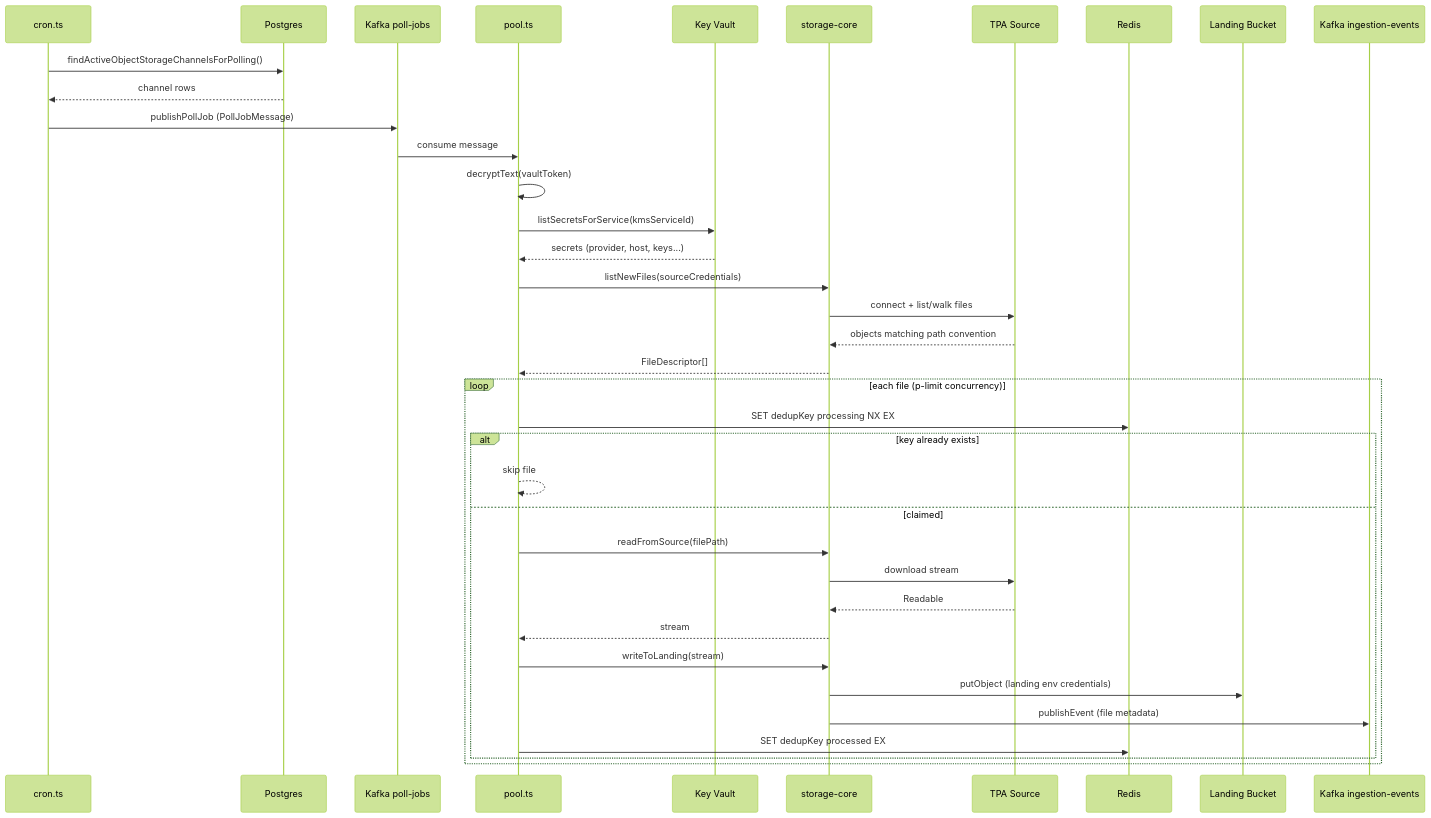
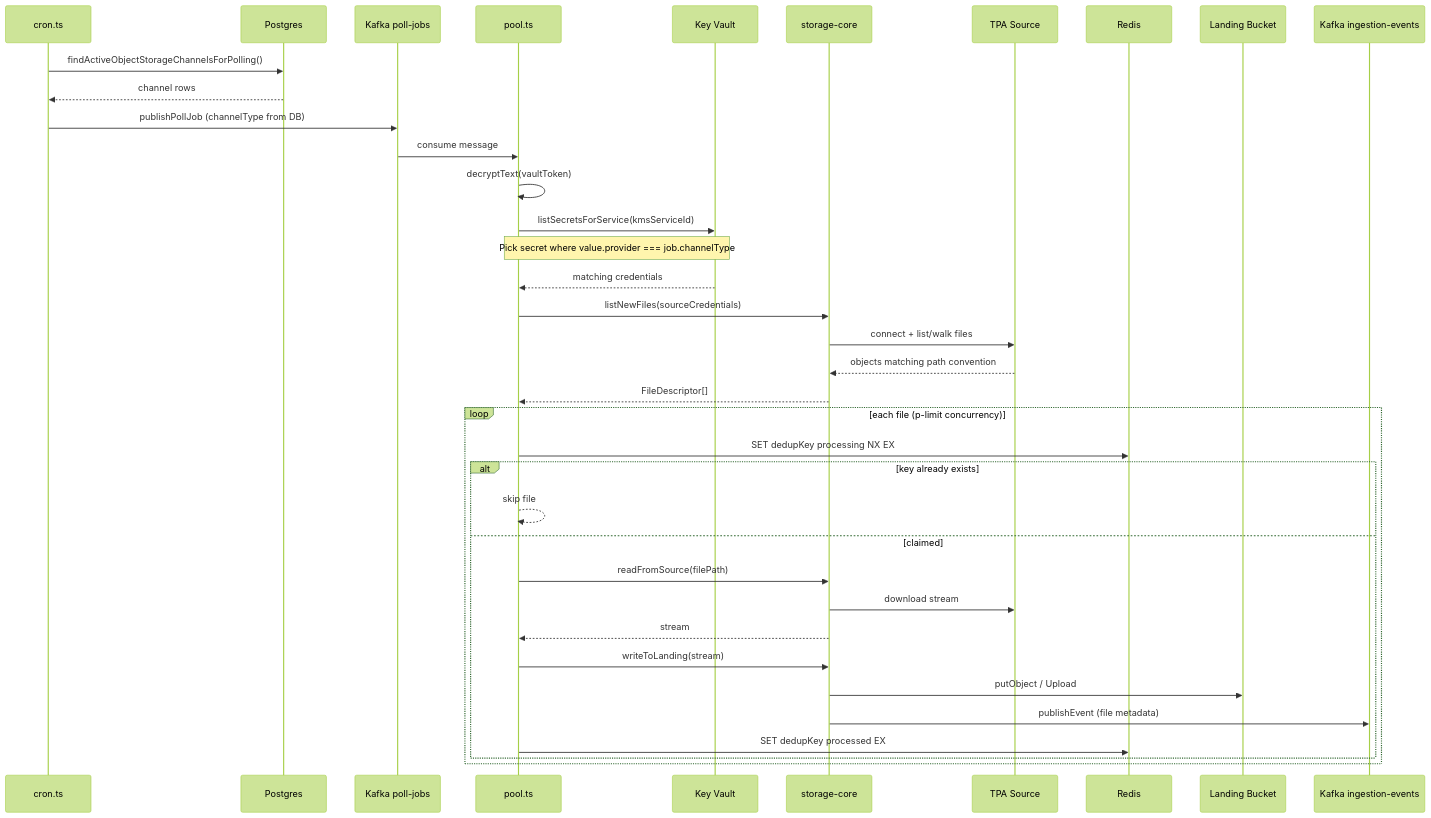
One commit to AtanuMM/Sentinel-Protocol---Hub changed the second of 5 diagrams in poc-v0.1/poll-orchestrator/README.md. Above: the diagram before and after it, drawn with Mermaid (forest theme). The commit also changed other lines of this file and 8 other files, not shown here.

````diff
--- a/poc-v0.1/poll-orchestrator/README.md
+++ b/poc-v0.1/poll-orchestrator/README.md
@@ -252,42 +314,42 @@
 ```mermaid
 sequenceDiagram
   participant Scheduler as cron.ts
   participant DB as Postgres
   participant KJobs as Kafka poll-jobs
   participant Worker as pool.ts
   participant Vault as Key Vault
   participant SC as storage-core
   participant SRC as TPA Source
   participant Redis
   participant LND as Landing Bucket
   participant KEvents as Kafka ingestion-events
 
   Scheduler->>DB: findActiveObjectStorageChannelsForPolling()
   DB-->>Scheduler: channel rows
-  Scheduler->>KJobs: publishPollJob (PollJobMessage)
+  Scheduler->>KJobs: publishPollJob (channelType from DB)
 
   KJobs->>Worker: consume message
   Worker->>Worker: decryptText(vaultToken)
   Worker->>Vault: listSecretsForService(kmsServiceId)
-  Vault-->>Worker: secrets (provider, host, keys...)
+  Note over Worker,Vault: Pick secret where value.provider === job.channelType
+  Vault-->>Worker: matching credentials
   Worker->>SC: listNewFiles(sourceCredentials)
   SC->>SRC: connect + list/walk files
   SRC-->>SC: objects matching path convention
   SC-->>Worker: FileDescriptor[]
 
   loop each file (p-limit concurrency)
     Worker->>Redis: SET dedupKey processing NX EX
     alt key already exists
       Worker-->>Worker: skip file
     else claimed
       Worker->>SC: readFromSource(filePath)
       SC->>SRC: download stream
-      SRC-->>SC: Readable
       SC-->>Worker: stream
       Worker->>SC: writeToLanding(stream)
-      SC->>LND: putObject (landing env credentials)
+      SC->>LND: putObject / Upload
       SC->>KEvents: publishEvent (file metadata)
       Worker->>Redis: SET dedupKey processed EX
     end
   end
 ```
````
